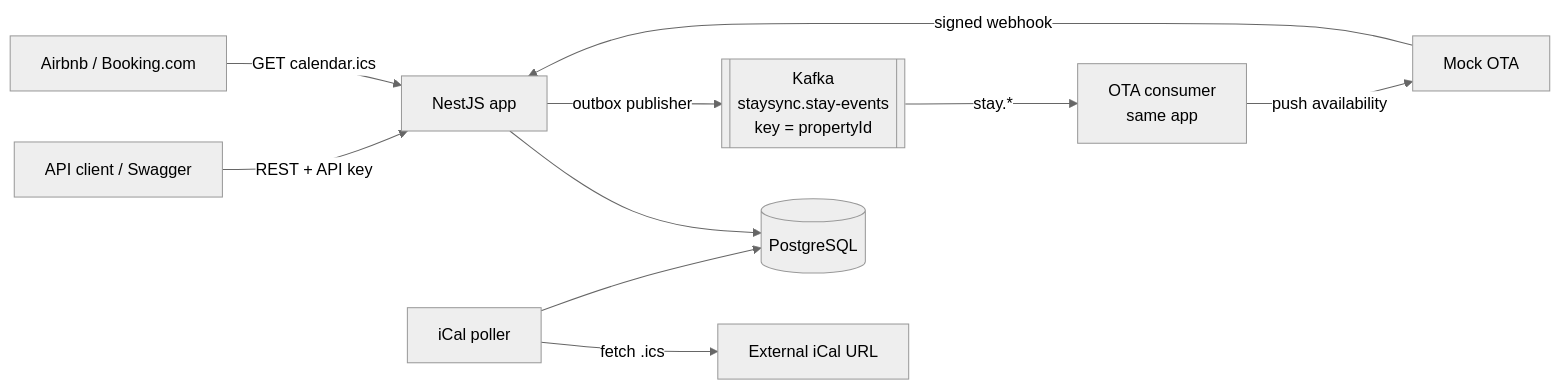
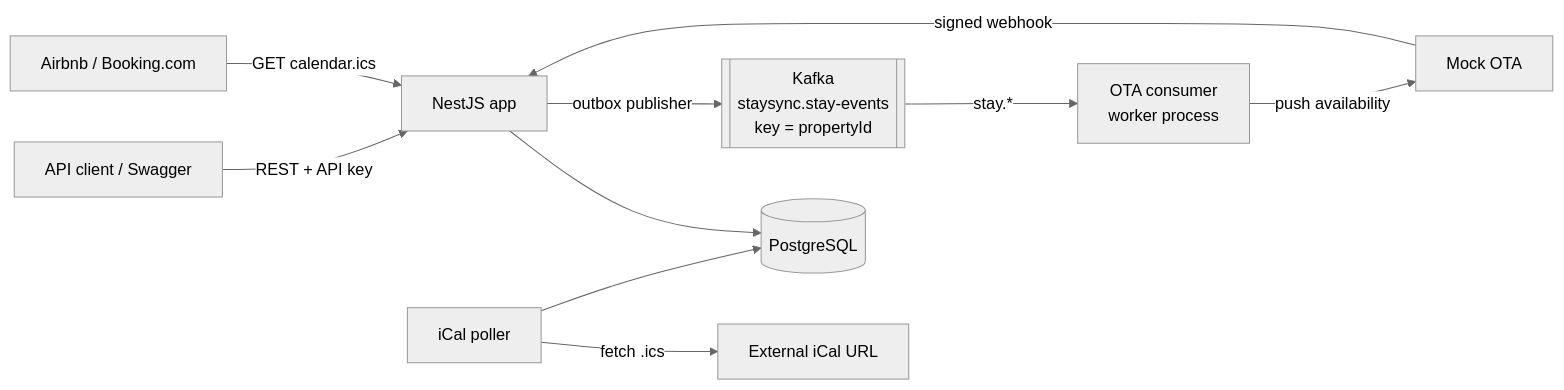
The diagram in README.md (MaiSirikulpanDev/StaySync), drawn with Mermaid (neutral theme) before and after one commit. The commit also changed other lines of this file and 5 other files, not shown here.

````diff
--- a/README.md
+++ b/README.md
@@ -15,12 +15,12 @@
 ```mermaid
 flowchart LR
   Client[API client / Swagger] -->|REST + API key| API[NestJS app]
   OTA[Mock OTA] -->|signed webhook| API
   API --> PG[(PostgreSQL)]
   API -->|outbox publisher| MQ[[Kafka<br/>staysync.stay-events<br/>key = propertyId]]
-  MQ -->|stay.*| Consumer[OTA consumer<br/>same app]
+  MQ -->|stay.*| Consumer[OTA consumer<br/>worker process]
   Consumer -->|push availability| OTA
   Scheduler[iCal poller] -->|fetch .ics| Ext[External iCal URL]
   Scheduler --> PG
   Airbnb[Airbnb / Booking.com] -->|GET calendar.ics| API
 ```
````
